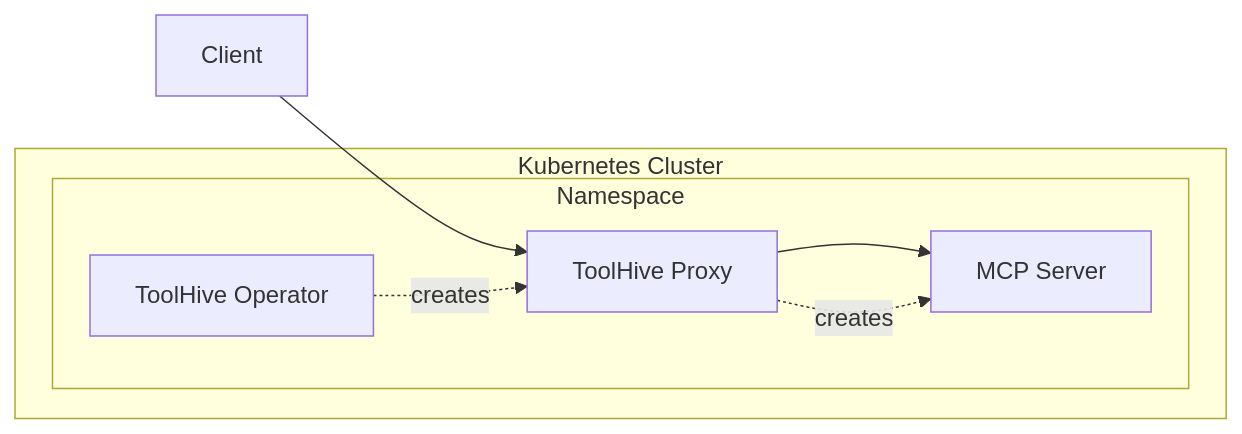
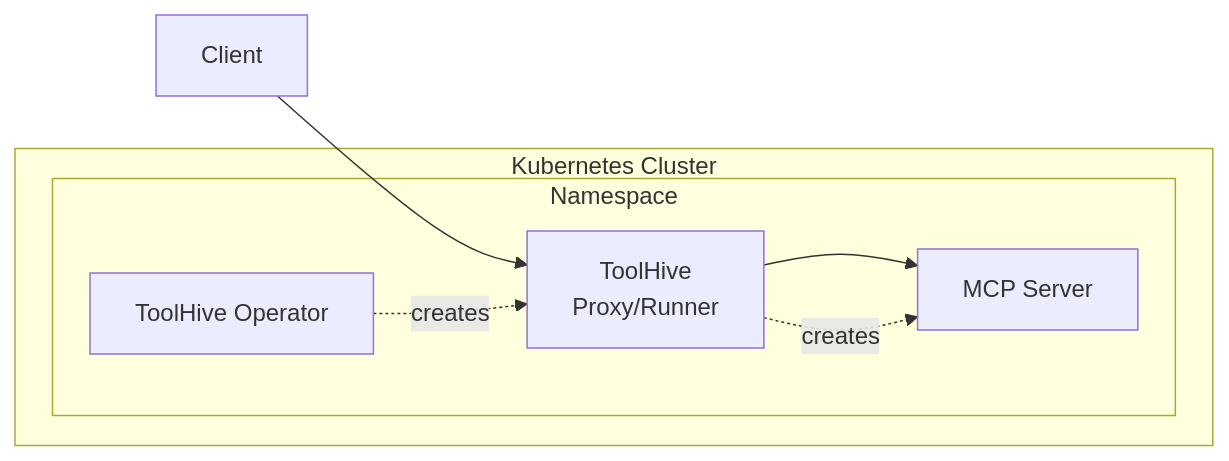
One commit to stacklok/codegate-docs changed the first of 3 diagrams in docs/toolhive/kubernetes/run-mcp-k8s.md. Above: the diagram before and after it, drawn with Mermaid. The commit also changed 1 other file, not shown here.

Commit message:
Minor edits to Kubernetes documentation

````diff
--- a/docs/toolhive/kubernetes/run-mcp-k8s.md
+++ b/docs/toolhive/kubernetes/run-mcp-k8s.md
@@ -26,16 +26,16 @@
 ```mermaid
 flowchart LR
-  Client["Client"] --> Proxy["ToolHive Proxy"]
+  Client["Client"] --> Proxy["ToolHive<br>Proxy/Runner"]
   Proxy --> MCP["MCP Server"]
 
   subgraph K8s["Kubernetes Cluster"]
     subgraph NS["Namespace"]
       Operator["ToolHive Operator"]
       Proxy
       MCP
     end
   end
 
   Operator -.->|creates| Proxy
   Proxy -.->|creates| MCP
 ```
````
